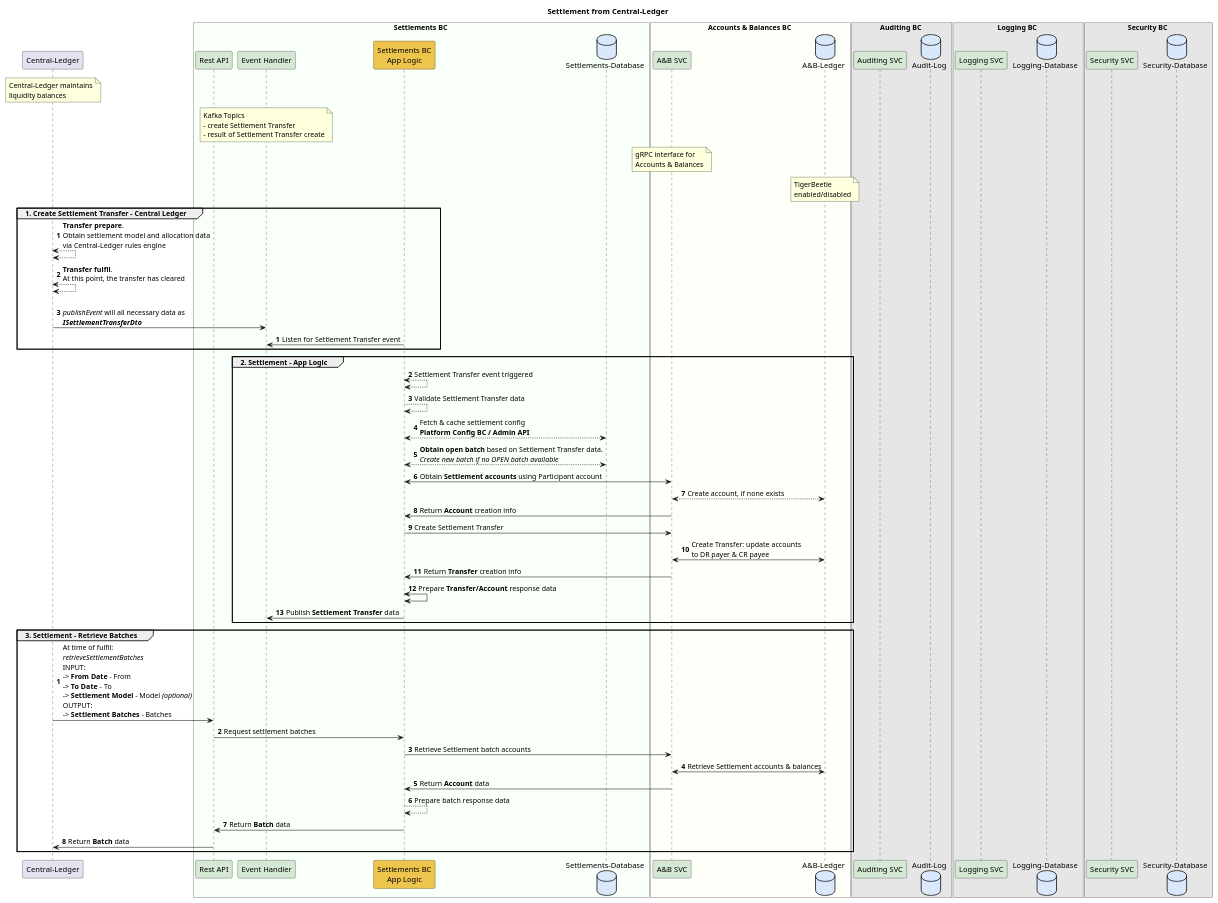
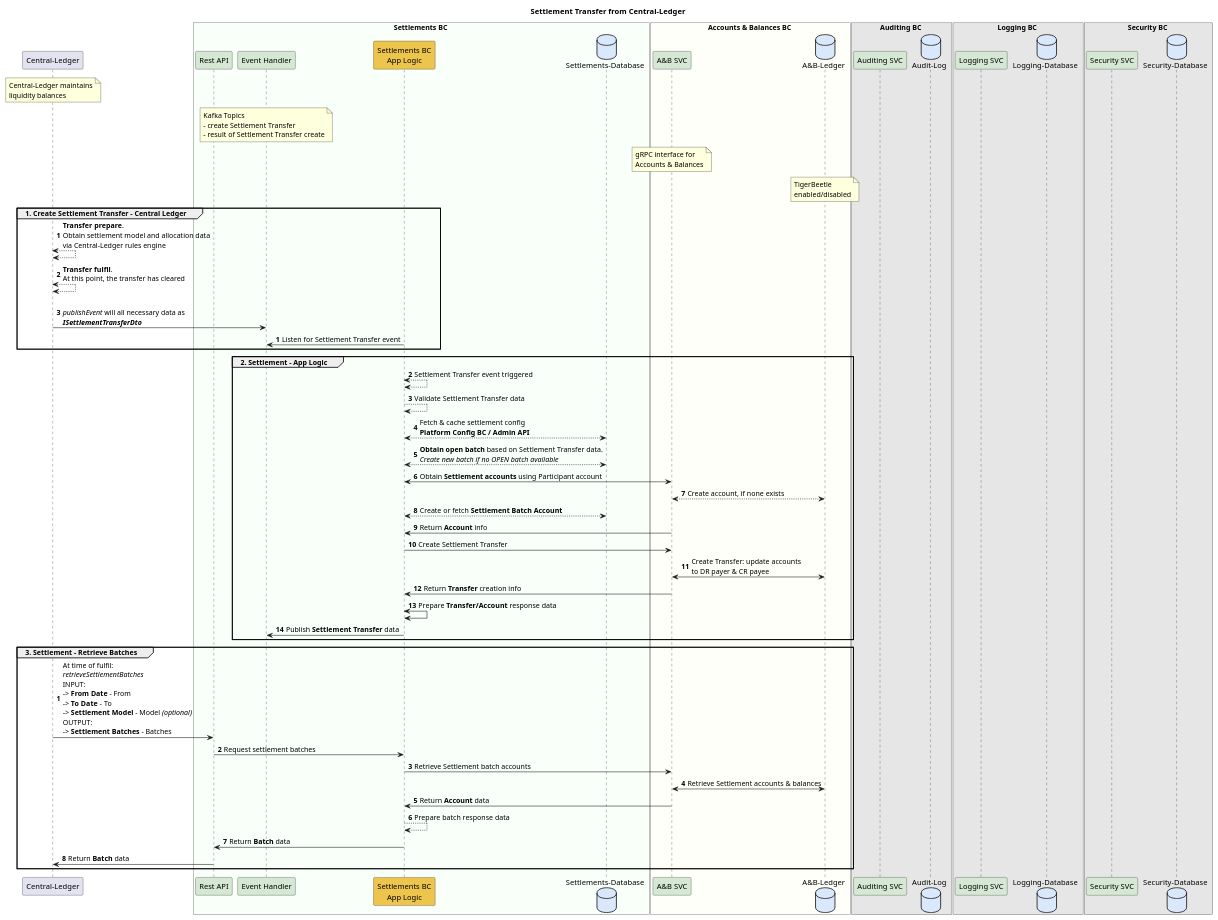
One commit to mojaloop/settlements-bc changed the diagram in docs/flows/01-settlement-transfer-cl.puml. Above: the diagram before and after it, drawn with PlantUML. The commit also changed 8 other files, not shown here.

```diff
--- a/docs/flows/01-settlement-transfer-cl.puml
+++ b/docs/flows/01-settlement-transfer-cl.puml
@@ -1,89 +1,90 @@
 @startuml
 
-title Settlement from Central-Ledger
+title Settlement Transfer from Central-Ledger
 
 participant "Central-Ledger" as ext_cl
 note over ext_cl
     Central-Ledger maintains
     liquidity balances
 end note
 
 box Settlements BC #F9FFF9
     participant "Rest API" as sbc_rest #D5E8D4
     participant "Event Handler" as sbc_event #D5E8D4
     note over sbc_event
         Kafka Topics
         - create Settlement Transfer
         - result of Settlement Transfer create
     end note
     participant "Settlements BC\nApp Logic" as sbc_app_logic #EDC54D
     database "Settlements-Database" as sbc_db #DAE8FC
 end box
 
 box Accounts & Balances BC #FFFFF9
     participant "A&B SVC" as abbc_grpc #D5E8D4
     database "A&B-Ledger" as abbc_tigerbeetle #DAE8FC
     note over abbc_grpc
         gRPC interface for
         Accounts & Balances
     end note
     note over abbc_tigerbeetle
         TigerBeetle 
         enabled/disabled
     end note
 end box
 
 box Auditing BC #E6E6E6
     participant "Auditing SVC" as audit_svc #D5E8D4
     database "Audit-Log" as audit_db #DAE8FC
 end box
 
 box Logging BC #E6E6E6
     participant "Logging SVC" as logging_svc #D5E8D4
     database "Logging-Database" as logging_db #DAE8FC
 end box
 
 box Security BC #E6E6E6
     participant "Security SVC" as security_svc #D5E8D4
     database "Security-Database" as security_db #DAE8FC
 end box
 
 group 1. Create Settlement Transfer - Central Ledger
 autonumber
     ext_cl <--> ext_cl : **Transfer prepare**. \nObtain settlement model and allocation data\nvia Central-Ledger rules engine
     ext_cl <--> ext_cl : **Transfer fulfil**. \nAt this point, the transfer has cleared
     ext_cl -> sbc_event : \n//publishEvent// will all necessary data as\n**//ISettlementTransferDto//**
 autonumber
     sbc_app_logic -> sbc_event : Listen for Settlement Transfer event
 end
 
 group 2. Settlement - App Logic
     sbc_app_logic <--> sbc_app_logic: Settlement Transfer event triggered
     sbc_app_logic --> sbc_app_logic : Validate Settlement Transfer data
     sbc_app_logic <--> sbc_db : Fetch & cache settlement config\n**Platform Config BC / Admin API**
     sbc_app_logic <--> sbc_db : **Obtain open batch** based on Settlement Transfer data.\n//Create new batch if no OPEN batch available//
     sbc_app_logic <-> abbc_grpc : Obtain **Settlement accounts** using Participant account
     abbc_grpc <--> abbc_tigerbeetle : Create account, if none exists
-    abbc_grpc -> sbc_app_logic : Return **Account** creation info
+    sbc_app_logic <--> sbc_db : Create or fetch **Settlement Batch Account**
+    abbc_grpc -> sbc_app_logic : Return **Account** info
     sbc_app_logic -> abbc_grpc: Create Settlement Transfer
     abbc_grpc <-> abbc_tigerbeetle: Create Transfer: update accounts \nto DR payer & CR payee
     abbc_grpc -> sbc_app_logic : Return **Transfer** creation info
     sbc_app_logic <-> sbc_app_logic: Prepare **Transfer/Account** response data
     sbc_app_logic -> sbc_event : Publish **Settlement Transfer** data
 end
 
 group 3. Settlement - Retrieve Batches
 autonumber
     ext_cl -> sbc_rest : At time of fulfil:\n//retrieveSettlementBatches// \nINPUT:\n-> **From Date** - From\n-> **To Date** - To\n-> **Settlement Model** - Model //(optional)//\nOUTPUT:\n-> **Settlement Batches** - Batches
     sbc_rest -> sbc_app_logic : Request settlement batches
     sbc_app_logic -> abbc_grpc : Retrieve Settlement batch accounts
     abbc_grpc <-> abbc_tigerbeetle : Retrieve Settlement accounts & balances
     abbc_grpc -> sbc_app_logic : Return **Account** data
     sbc_app_logic --> sbc_app_logic : Prepare batch response data
     sbc_app_logic -> sbc_rest : Return **Batch** data
     sbc_rest -> ext_cl : Return **Batch** data
 autonumber
 
 end
 
 @enduml
```
